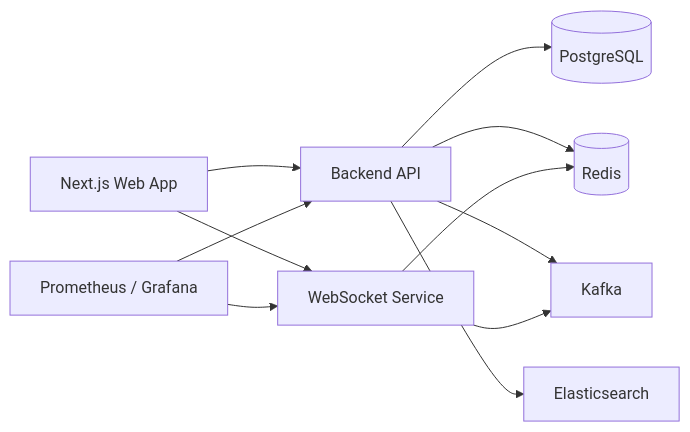
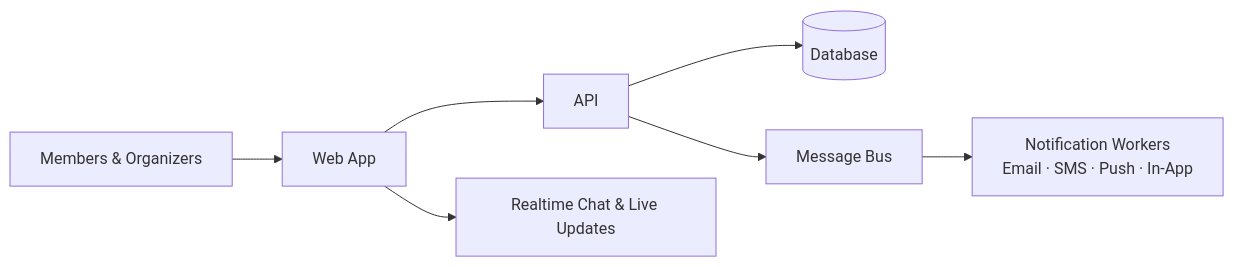
Before and after one commit to NalinDalal/portfolio: the first of 2 diagrams in case-study/modheshwari.mdx, drawn with Mermaid. The commit also changed other lines of this file and 12 other files, not shown here.

````diff
--- a/case-study/modheshwari.mdx
+++ b/case-study/modheshwari.mdx
@@ -45,13 +53,9 @@
 ```mermaid
 flowchart LR
-    A[Next.js Web App] --> B[Backend API]
-    A --> C[WebSocket Service]
-    B --> D[(PostgreSQL)]
-    B --> E[(Redis)]
-    B --> F[Kafka]
-    C --> E
-    C --> F
-    B --> G[Elasticsearch]
-    H[Prometheus / Grafana] --> B
-    H --> C
+    A[Members & Organizers] --> B[Web App]
+    B --> C[API]
+    B --> D[Realtime Chat & Live Updates]
+    C --> E[(Database)]
+    C --> F[Message Bus]
+    F --> G[Notification Workers\nEmail · SMS · Push · In-App]
 ```
````
